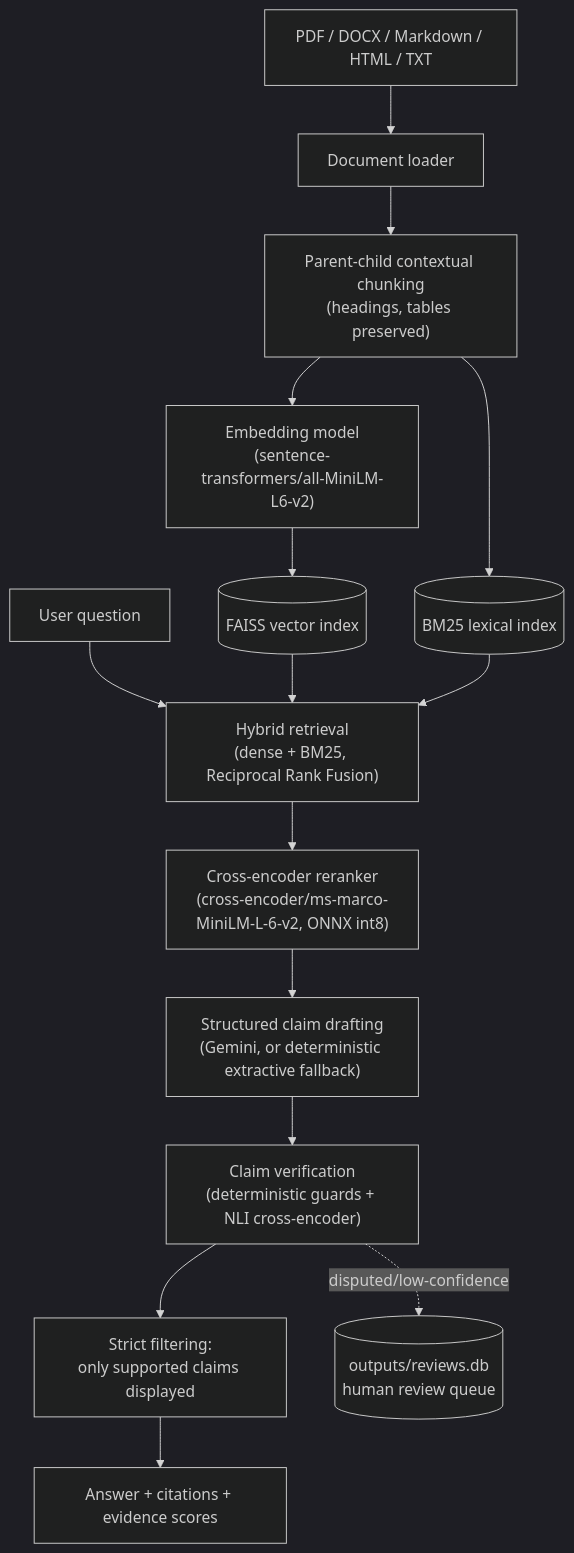
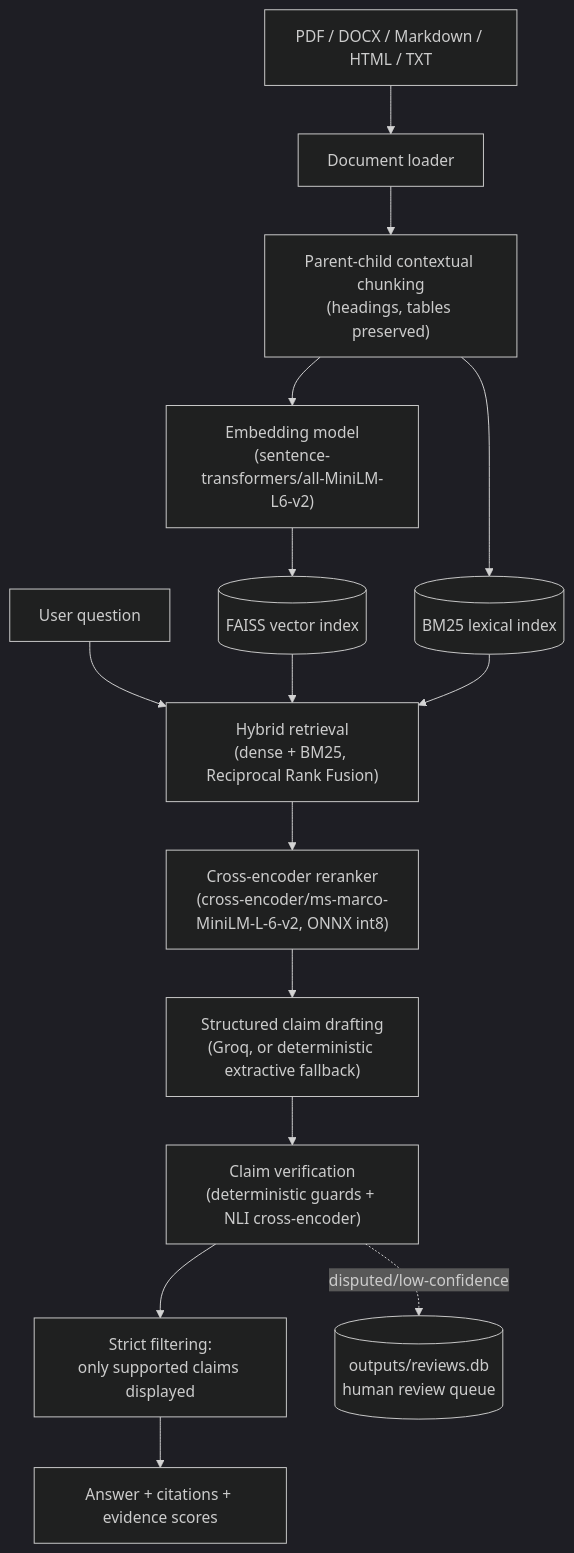
Before and after one commit to HarshTikone/explainable-rag-studio: the first of 2 diagrams in docs/ARCHITECTURE.md, drawn with Mermaid (dark theme). The commit also changed other lines of this file and 35 other files, not shown here.

Commit message:
feat: replace Gemini with Groq evidence selection

````diff
--- a/docs/ARCHITECTURE.md
+++ b/docs/ARCHITECTURE.md
@@ -11,18 +11,18 @@
 ```mermaid
 flowchart TD
     Doc[PDF / DOCX / Markdown / HTML / TXT] --> Loader[Document loader]
     Loader --> Chunk["Parent-child contextual chunking\n(headings, tables preserved)"]
     Chunk --> Embed["Embedding model\n(sentence-transformers/all-MiniLM-L6-v2)"]
     Embed --> Index[(FAISS vector index)]
     Chunk --> Lexical[(BM25 lexical index)]
 
     Query[User question] --> Retrieve["Hybrid retrieval\n(dense + BM25, Reciprocal Rank Fusion)"]
     Index --> Retrieve
     Lexical --> Retrieve
     Retrieve --> Rerank["Cross-encoder reranker\n(cross-encoder/ms-marco-MiniLM-L-6-v2, ONNX int8)"]
-    Rerank --> Draft["Structured claim drafting\n(Gemini, or deterministic extractive fallback)"]
+    Rerank --> Draft["Structured claim drafting\n(Groq, or deterministic extractive fallback)"]
     Draft --> Verify["Claim verification\n(deterministic guards + NLI cross-encoder)"]
     Verify --> Filter["Strict filtering:\nonly supported claims displayed"]
     Filter --> Answer["Answer + citations + evidence scores"]
     Verify -.disputed/low-confidence.-> Review[(outputs/reviews.db\nhuman review queue)]
 ```
````
